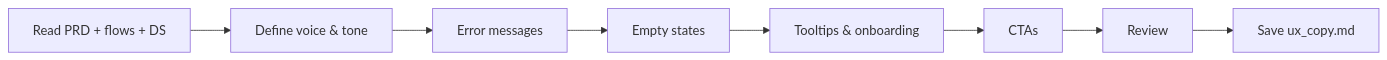
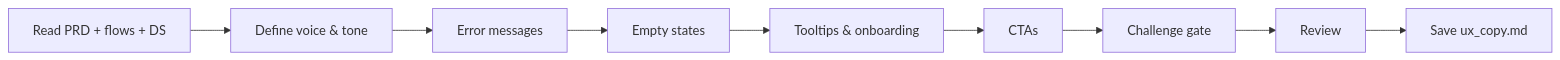
One commit to ai-driven-dev/framework changed the diagram in skills/ux-copy/SKILL.md. Above: the diagram before and after it, drawn with Mermaid. The commit also changed other lines of this file and 22 other files, not shown here.

````diff
--- a/skills/ux-copy/SKILL.md
+++ b/skills/ux-copy/SKILL.md
@@ -37,4 +38,4 @@
 ```mermaid
 flowchart LR
-    A[Read PRD + flows + DS] --> B[Define voice & tone] --> C[Error messages] --> D[Empty states] --> E[Tooltips & onboarding] --> F[CTAs] --> G[Review] --> H[Save ux_copy.md]
+    A[Read PRD + flows + DS] --> B[Define voice & tone] --> C[Error messages] --> D[Empty states] --> E[Tooltips & onboarding] --> F[CTAs] --> G[Challenge gate] --> H[Review] --> I[Save ux_copy.md]
 ```
````
